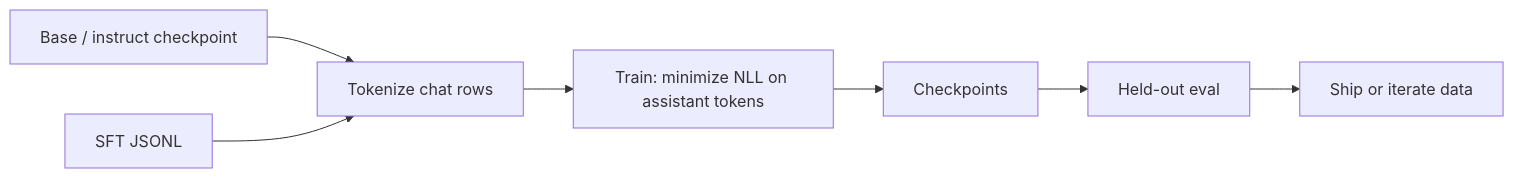
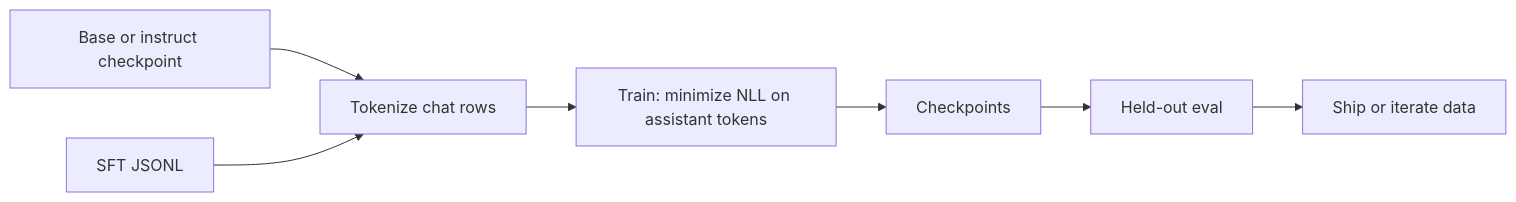
The diagram in content/genai/module-3-finetuning/session-1-fundamentals/02-sft-supervised-fine-tuning.md (satishify/BackBenchLearner), drawn with Mermaid before and after one commit. The commit also changed other lines of this file and 199 other files, not shown here.

````diff
--- a/content/genai/module-3-finetuning/session-1-fundamentals/02-sft-supervised-fine-tuning.md
+++ b/content/genai/module-3-finetuning/session-1-fundamentals/02-sft-supervised-fine-tuning.md
@@ -42,9 +42,9 @@
 ```mermaid
 flowchart LR
-    B[Base / instruct checkpoint] --> T[Tokenize chat rows]
+    B[Base or instruct checkpoint] --> T[Tokenize chat rows]
     D[SFT JSONL] --> T
     T --> TR[Train: minimize NLL on assistant tokens]
     TR --> C[Checkpoints]
     C --> E[Held-out eval]
     E --> S[Ship or iterate data]
 ```
````
